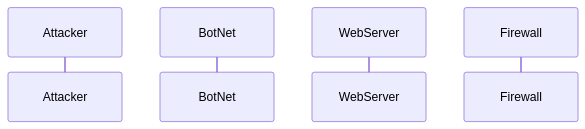
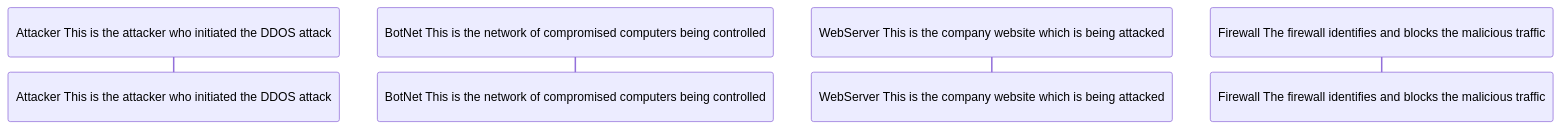
The diagram in README.md (Blucas3/DDOS_Attack_Sequence.md), drawn with Mermaid before and after one commit.

````diff
--- a/README.md
+++ b/README.md
@@ -2,8 +2,8 @@
   ```mermaid
 sequenceDiagram
-  participant Attacker
-  participant BotNet
-  participant WebServer
-  participant Firewall
+  participant Attacker This is the attacker who initiated the DDOS attack
+  participant BotNet This is the network of compromised computers being controlled
+  participant WebServer This is the company website which is being attacked
+  participant Firewall The firewall identifies and blocks the malicious traffic
   
 ```
````
